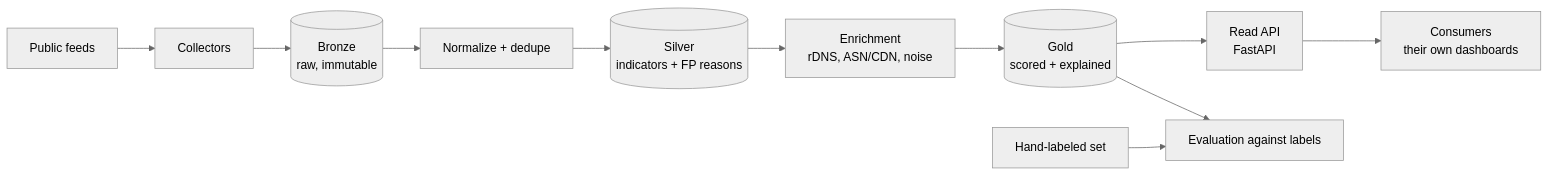
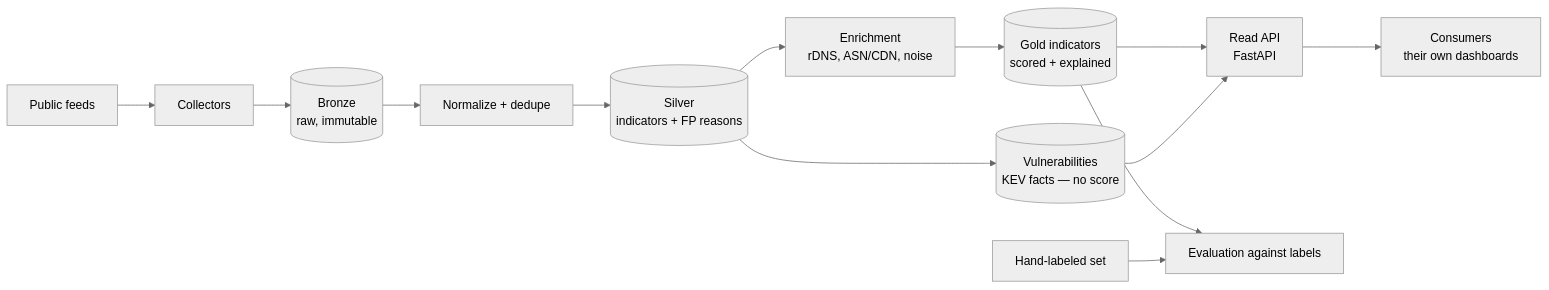
Before and after one commit to matheFontenele/threatintel-pipeline: the diagram in README.md, drawn with Mermaid (neutral theme). The commit also changed other lines of this file and 24 other files, not shown here.

````diff
--- a/README.md
+++ b/README.md
@@ -36,13 +53,15 @@
 ```mermaid
 flowchart LR
     A[Public feeds] --> B[Collectors]
     B --> C[(Bronze<br/>raw, immutable)]
     C --> D[Normalize + dedupe]
     D --> E[(Silver<br/>indicators + FP reasons)]
     E --> F[Enrichment<br/>rDNS, ASN/CDN, noise]
-    F --> G[(Gold<br/>scored + explained)]
+    F --> G[(Gold indicators<br/>scored + explained)]
+    E --> N[(Vulnerabilities<br/>KEV facts — no score)]
     G --> H[Read API<br/>FastAPI]
+    N --> H
     H --> I[Consumers<br/>their own dashboards]
     G --> M[Evaluation against labels]
     L[Hand-labeled set] --> M
 ```
````
